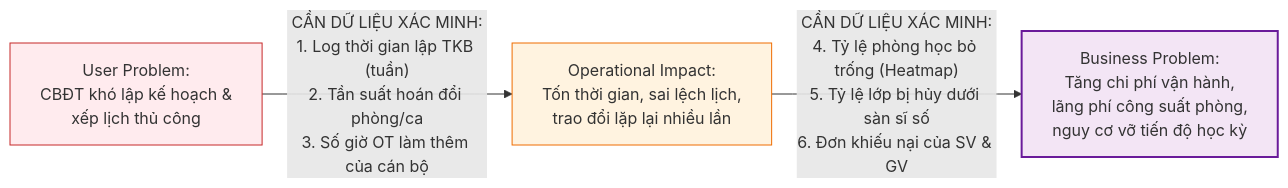
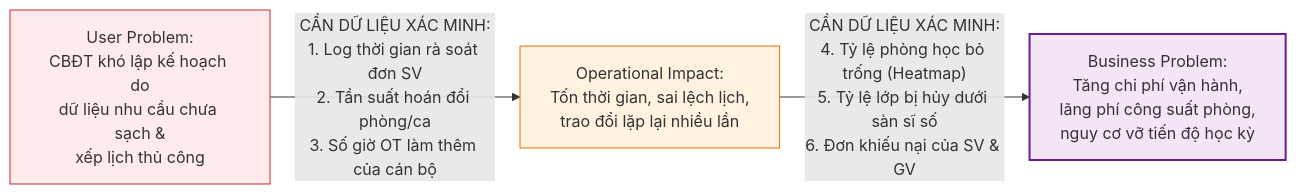
The first of 2 diagrams in bai-tap-1/BAO-CAO-TONG-HOP-NHOM.md (cacancap/IT3120_QuanLyDaoTao), drawn with Mermaid before and after one commit. The commit also changed other lines of this file, not shown here.

````diff
--- a/bai-tap-1/BAO-CAO-TONG-HOP-NHOM.md
+++ b/bai-tap-1/BAO-CAO-TONG-HOP-NHOM.md
@@ -139,9 +149,9 @@
 ```mermaid
 flowchart LR
-    UP["User Problem:<br/>CBĐT khó lập kế hoạch &<br/>xếp lịch thủ công"] -->|"CẦN DỮ LIỆU XÁC MINH:<br/>1. Log thời gian lập TKB (tuần)<br/>2. Tần suất hoán đổi phòng/ca<br/>3. Số giờ OT làm thêm của cán bộ"| OI["Operational Impact:<br/>Tốn thời gian, sai lệch lịch,<br/>trao đổi lặp lại nhiều lần"]
+    UP["User Problem:<br/>CBĐT khó lập kế hoạch do<br/>dữ liệu nhu cầu chưa sạch &<br/>xếp lịch thủ công"] -->|"CẦN DỮ LIỆU XÁC MINH:<br/>1. Log thời gian rà soát đơn SV<br/>2. Tần suất hoán đổi phòng/ca<br/>3. Số giờ OT làm thêm của cán bộ"| OI["Operational Impact:<br/>Tốn thời gian, sai lệch lịch,<br/>trao đổi lặp lại nhiều lần"]
     OI -->|"CẦN DỮ LIỆU XÁC MINH:<br/>4. Tỷ lệ phòng học bỏ trống (Heatmap)<br/>5. Tỷ lệ lớp bị hủy dưới sàn sĩ số<br/>6. Đơn khiếu nại của SV & GV"| BP["Business Problem:<br/>Tăng chi phí vận hành,<br/>lãng phí công suất phòng,<br/>nguy cơ vỡ tiến độ học kỳ"]
     
     style UP fill:#ffebee,stroke:#c62828,stroke-width:1px
     style OI fill:#fff3e0,stroke:#ef6c00,stroke-width:1px
     style BP fill:#f3e5f5,stroke:#6a1b9a,stroke-width:2px
 ```
````
